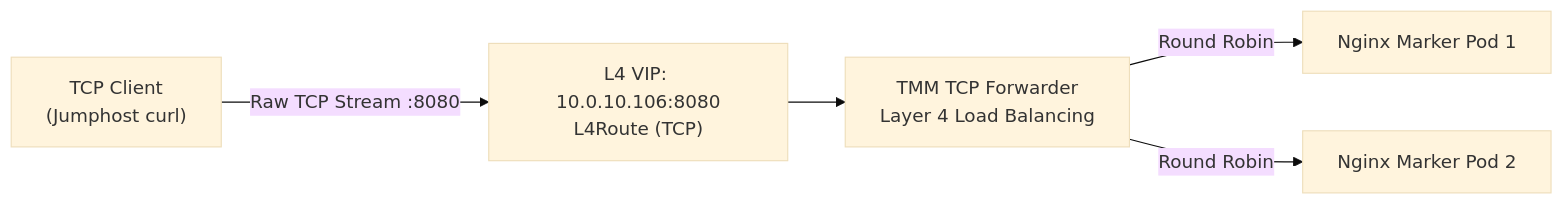
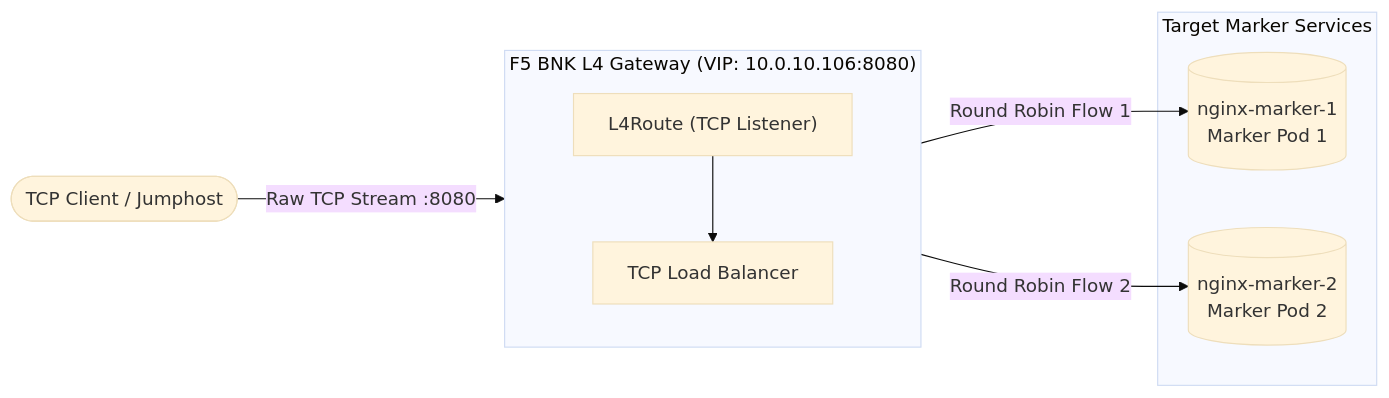
Before and after one commit to JLCode-tech/awsbnkctl: the fourth of 20 diagrams in docs/SCENARIOS.md, drawn with Mermaid (base theme). The commit also changed other lines of this file and 2 other files, not shown here.

Commit message:
docs: modernize diagrams and remove sales jargon

````diff
--- a/docs/SCENARIOS.md
+++ b/docs/SCENARIOS.md
@@ -105,13 +128,20 @@
 ```mermaid
 flowchart LR
-    Client["TCP Client<br/>(Jumphost curl)"]
-    VIP["L4 VIP: 10.0.10.106:8080<br/>L4Route (TCP)"]
-    TMM["TMM TCP Forwarder<br/>Layer 4 Load Balancing"]
-    Marker1["Nginx Marker Pod 1"]
-    Marker2["Nginx Marker Pod 2"]
+    Client([TCP Client / Jumphost])
 
-    Client -->|Raw TCP Stream :8080| VIP
-    VIP --> TMM
-    TMM -->|Round Robin| Marker1
-    TMM -->|Round Robin| Marker2
+    subgraph L4Plane["F5 BNK L4 Gateway (VIP: 10.0.10.106:8080)"]
+        direction TB
+        L4R["L4Route (TCP Listener)"]
+        LB["TCP Load Balancer"]
+        L4R --> LB
+    end
+
+    subgraph Backends["Target Marker Services"]
+        M1[("nginx-marker-1<br/>Marker Pod 1")]
+        M2[("nginx-marker-2<br/>Marker Pod 2")]
+    end
+
+    Client -->|Raw TCP Stream :8080| L4R
+    LB -->|Round Robin Flow 1| M1
+    LB -->|Round Robin Flow 2| M2
 ```
````
